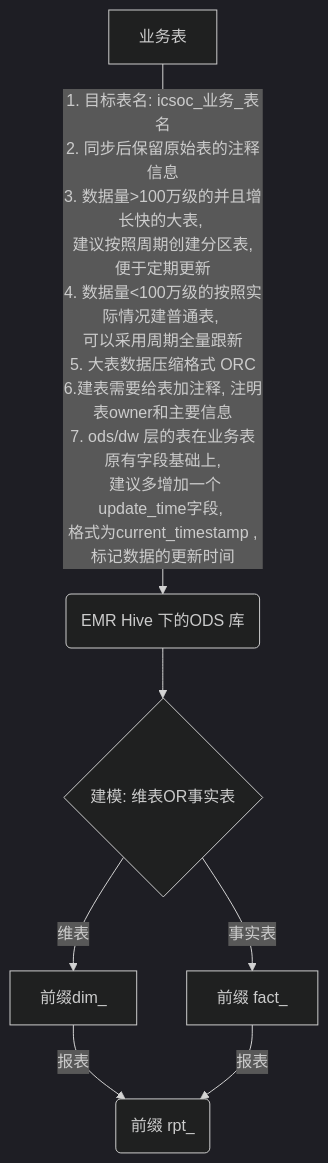
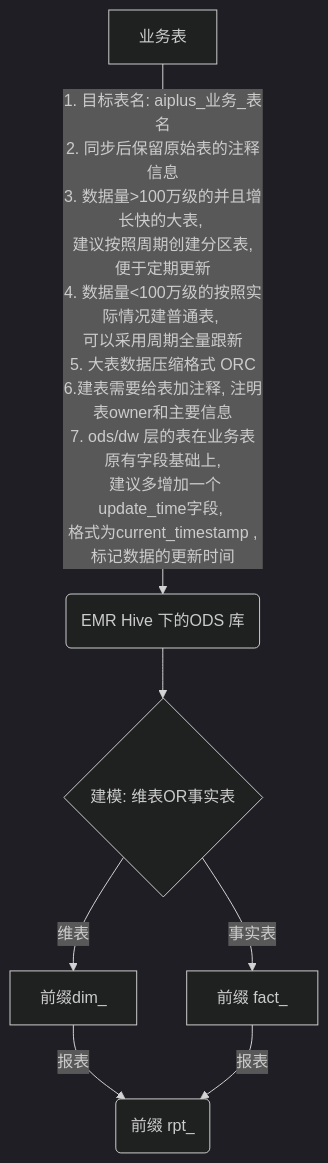
The first of 4 diagrams in 2018-09-30#mermaid_demo.md (vickyi/devNotes), drawn with Mermaid (dark theme) before and after one commit. The commit also changed other lines of this file and 7 other files, not shown here.

````diff
--- a/2018-09-30#mermaid_demo.md
+++ b/2018-09-30#mermaid_demo.md
@@ -9,9 +9,9 @@
 ```mermaid
 graph TD
-A[业务表] -->|1. 目标表名: icsoc_业务_表名<br>2. 同步后保留原始表的注释信息<br>3. 数据量>100万级的并且增长快的大表, <br> 建议按照周期创建分区表, 便于定期更新<br>4. 数据量<100万级的按照实际情况建普通表, <br>可以采用周期全量跟新<br>5. 大表数据压缩格式 ORC<br>6.建表需要给表加注释, 注明表owner和主要信息<br>7. ods/dw 层的表在业务表原有字段基础上,<br> 建议多增加一个update_time字段, <br>格式为current_timestamp ,<br>标记数据的更新时间| C(EMR Hive 下的ODS 库)
+A[业务表] -->|1. 目标表名: aiplus_业务_表名<br>2. 同步后保留原始表的注释信息<br>3. 数据量>100万级的并且增长快的大表, <br> 建议按照周期创建分区表, 便于定期更新<br>4. 数据量<100万级的按照实际情况建普通表, <br>可以采用周期全量跟新<br>5. 大表数据压缩格式 ORC<br>6.建表需要给表加注释, 注明表owner和主要信息<br>7. ods/dw 层的表在业务表原有字段基础上,<br> 建议多增加一个update_time字段, <br>格式为current_timestamp ,<br>标记数据的更新时间| C(EMR Hive 下的ODS 库)
 C --> D{建模: 维表OR事实表}
 D -->|维表| E[前缀dim_]
 D -->|事实表| F[前缀 fact_]
 E --> |报表|G(前缀 rpt_)
 F --> |报表|G
 ```
````
